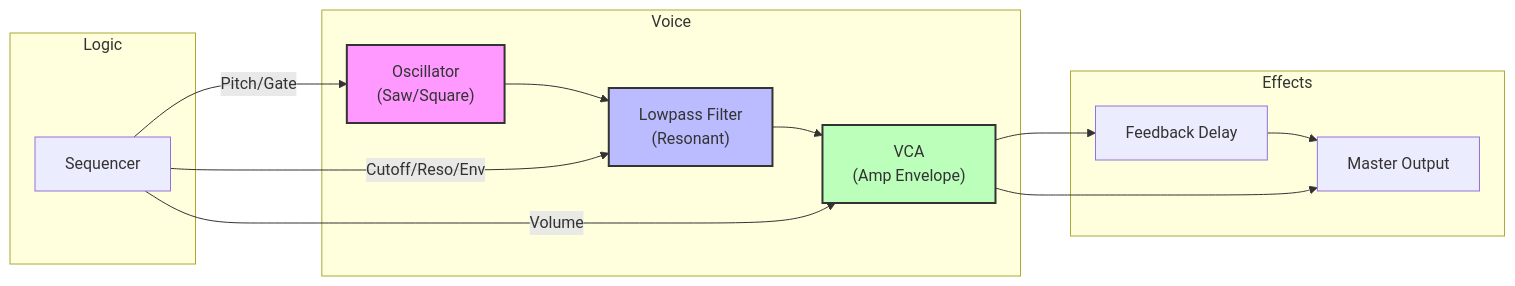
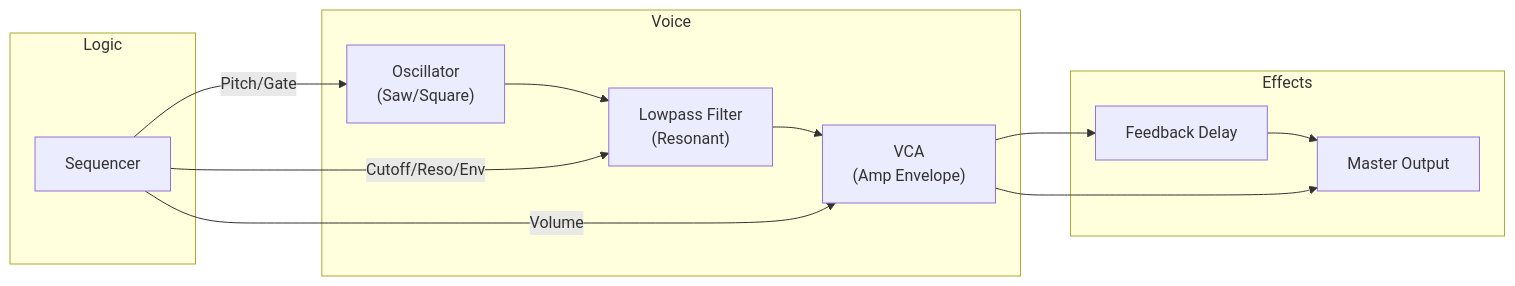
One commit to acidsound/acidBros changed the second of 2 diagrams in SYNTH_ARCHITECTURE.md. Above: the diagram before and after it, drawn with Mermaid. The commit also changed other lines of this file and 11 other files, not shown here.

````diff
--- a/SYNTH_ARCHITECTURE.md
+++ b/SYNTH_ARCHITECTURE.md
@@ -14,23 +131,19 @@
 ```mermaid
 graph LR
     subgraph Voice
     OSC["Oscillator<br/>(Saw/Square)"] --> FILTER["Lowpass Filter<br/>(Resonant)"]
     FILTER --> VCA["VCA<br/>(Amp Envelope)"]
     end
     
     subgraph Logic
     SEQ[Sequencer] -- Pitch/Gate --> OSC
     SEQ -- Cutoff/Reso/Env --> FILTER
     SEQ -- Volume --> VCA
     end
 
     subgraph Effects
     VCA --> DELAY[Feedback Delay]
     DELAY --> OUT[Master Output]
     VCA --> OUT
     end
-
-    style OSC fill:#f9f,stroke:#333,stroke-width:2px
-    style FILTER fill:#bbf,stroke:#333,stroke-width:2px
-    style VCA fill:#bfb,stroke:#333,stroke-width:2px
 ```
````
